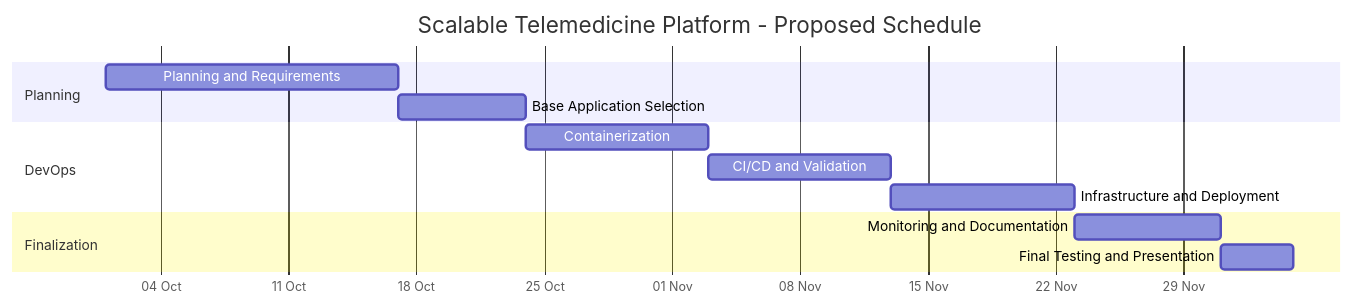
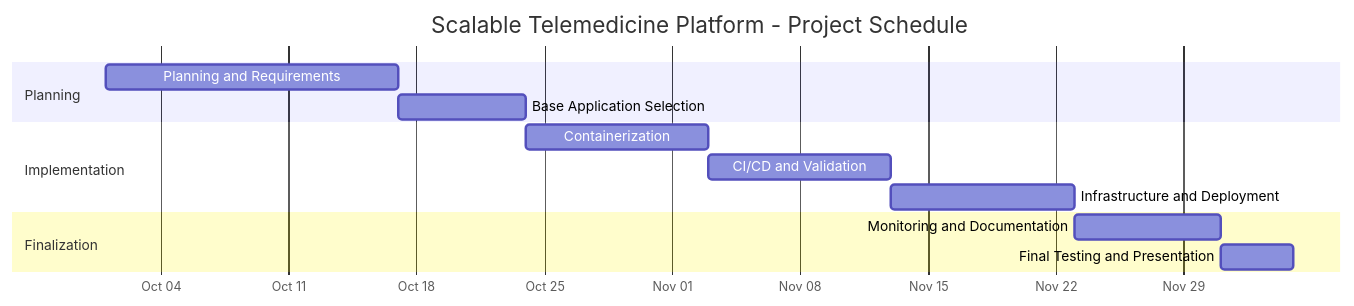
The diagram in PROJECT_PLAN.md (feloaref/scalable-telemedicine-platform), drawn with Mermaid before and after one commit. The commit also changed other lines of this file, not shown here.

Commit message:
Revise Gantt chart title and section headers
Updated Gantt chart titles and section formatting for clarity.

````diff
--- a/PROJECT_PLAN.md
+++ b/PROJECT_PLAN.md
@@ -25,19 +25,19 @@
 ```mermaid
 gantt
-    title Scalable Telemedicine Platform - Proposed Schedule
+    title Scalable Telemedicine Platform - Project Schedule
     dateFormat YYYY-MM-DD
-    axisFormat %d %b
+    axisFormat %b %d
 
     section Planning
-    Planning and Requirements :a1, 2026-10-01, 16d
-    Base Application Selection :a2, 2026-10-17, 7d
+    Planning and Requirements       :a1, 2026-10-01, 16d
+    Base Application Selection      :a2, 2026-10-17, 7d
 
-    section DevOps
-    Containerization :b1, 2026-10-24, 10d
-    CI/CD and Validation :b2, 2026-11-03, 10d
-    Infrastructure and Deployment :b3, 2026-11-13, 10d
+    section Implementation
+    Containerization                :a3, 2026-10-24, 10d
+    CI/CD and Validation            :a4, 2026-11-03, 10d
+    Infrastructure and Deployment   :a5, 2026-11-13, 10d
 
     section Finalization
-    Monitoring and Documentation :c1, 2026-11-23, 8d
-    Final Testing and Presentation :c2, 2026-12-01, 4d
+    Monitoring and Documentation    :a6, 2026-11-23, 8d
+    Final Testing and Presentation  :a7, 2026-12-01, 4d
 ```
````
